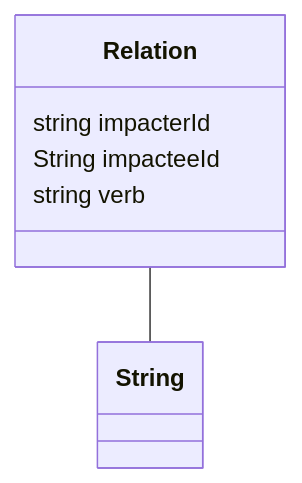
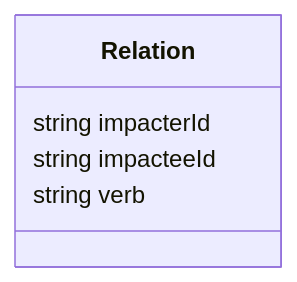
Before and after one commit to codexstanford/Insurance-Payout-Ontology: the diagram in datamodel-build/mermaid/Relation.mmd, drawn with Mermaid. The commit also changed 73 other files, not shown here.

```diff
--- a/datamodel-build/mermaid/Relation.mmd
+++ b/datamodel-build/mermaid/Relation.mmd
@@ -1,11 +1,10 @@
 classDiagram
-  Relation -- String
-
+  
 
 class Relation {
 
   string impacterId
-  String impacteeId
+  string impacteeId
   string verb
 
 }
```
